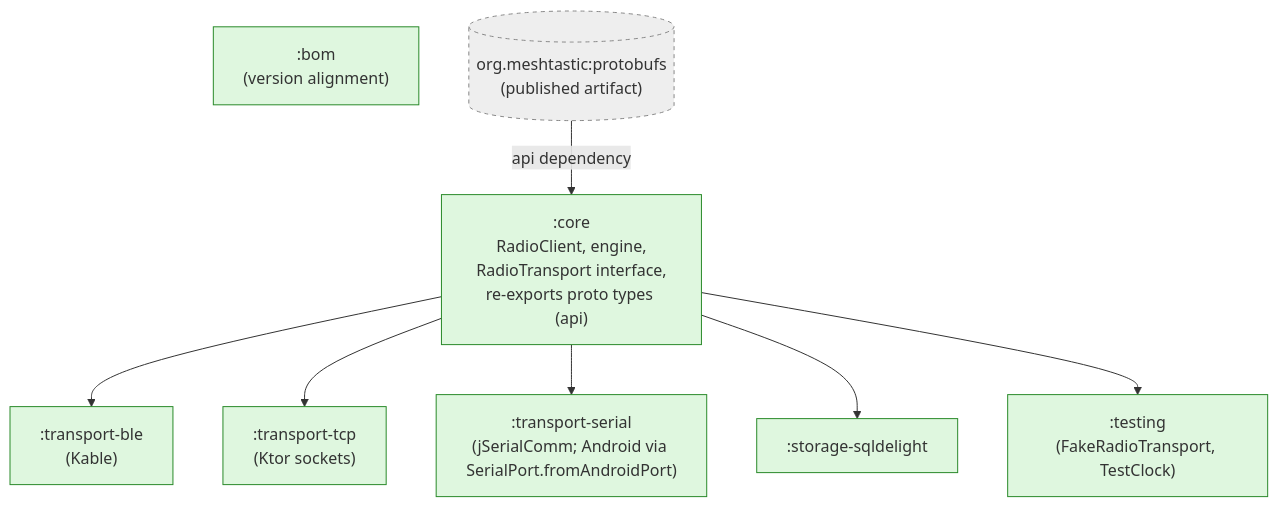
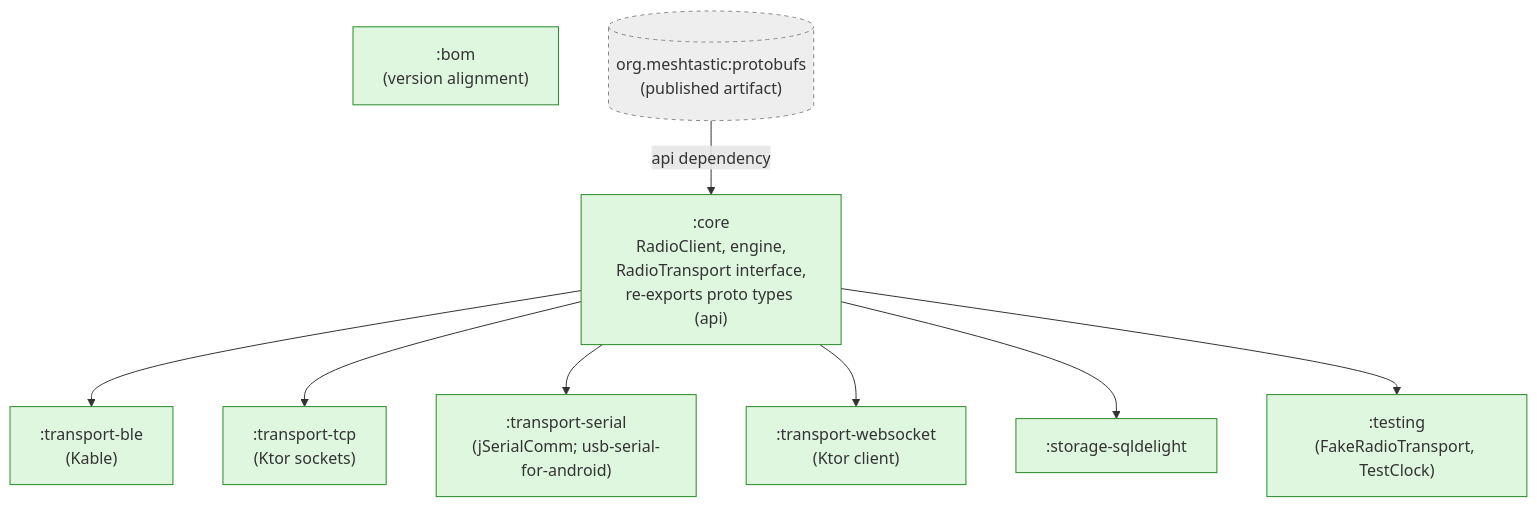
Before and after one commit to meshtastic/meshtastic-sdk: the first of 3 diagrams in docs/architecture/module-graph.md, drawn with Mermaid. The commit also changed other lines of this file and 60 other files, not shown here.

````diff
--- a/docs/architecture/module-graph.md
+++ b/docs/architecture/module-graph.md
@@ -9,26 +9,28 @@
 ```mermaid
 flowchart TB
     classDef pub fill:#dff7df,stroke:#2a8a2a;
     classDef external fill:#eee,stroke:#888,stroke-dasharray: 4 4;
 
     core[":core<br/>RadioClient, engine,<br/>RadioTransport interface,<br/>re-exports proto types (api)"]:::pub
 
     ble[":transport-ble<br/>(Kable)"]:::pub
     tcp[":transport-tcp<br/>(Ktor sockets)"]:::pub
-    serial[":transport-serial<br/>(jSerialComm; Android via SerialPort.fromAndroidPort)"]:::pub
+    serial[":transport-serial<br/>(jSerialComm; usb-serial-for-android)"]:::pub
+    ws[":transport-websocket<br/>(Ktor client)"]:::pub
 
     storageSql[":storage-sqldelight"]:::pub
 
     testing[":testing<br/>(FakeRadioTransport, TestClock)"]:::pub
     bom[":bom<br/>(version alignment)"]:::pub
 
     extProtobufs[("org.meshtastic:protobufs<br/>(published artifact)")]:::external
 
     extProtobufs -->|api dependency| core
 
     core --> ble
     core --> tcp
     core --> serial
+    core --> ws
     core --> storageSql
     core --> testing
 ```
````
